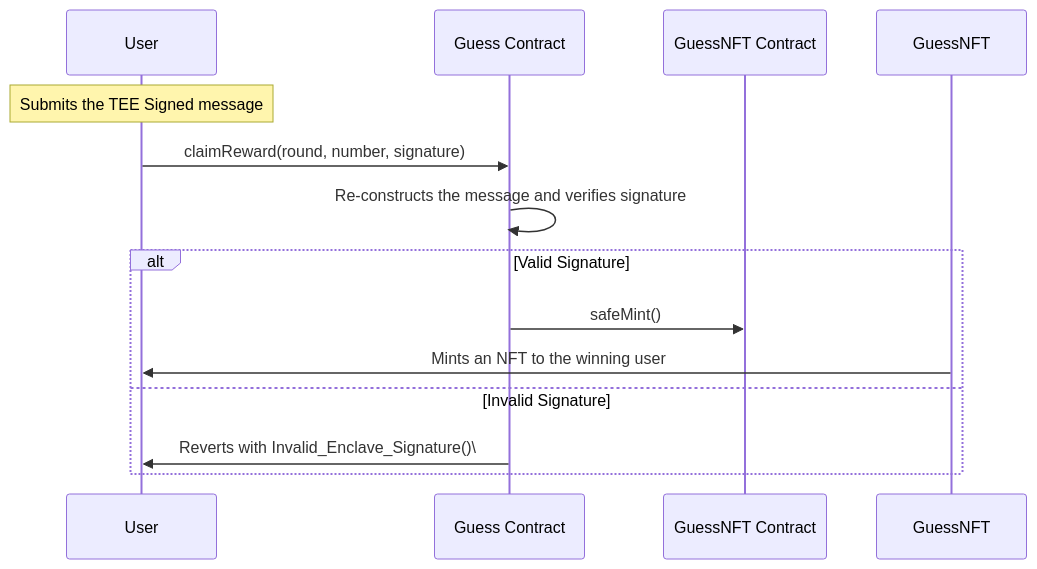
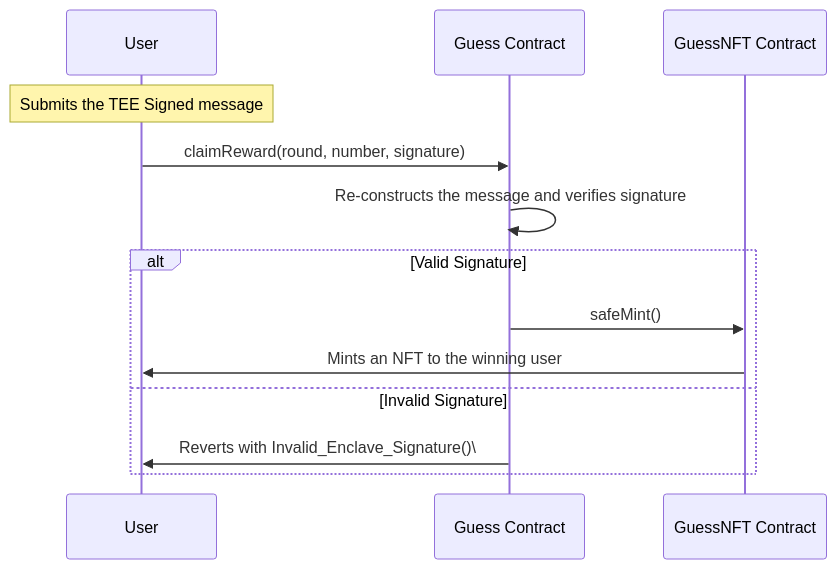
One commit to moven0831/sgx-number-guessing changed the third of 3 diagrams in docs/project-architecture.md. Above: the diagram before and after it, drawn with Mermaid.

Commit message:
minor fixes

````diff
--- a/docs/project-architecture.md
+++ b/docs/project-architecture.md
@@ -63,16 +63,16 @@
 ```mermaid
 sequenceDiagram
     participant User
     participant Guess Contract
     participant GuessNFT Contract
 
     note over User: Submits the TEE Signed message
     User->>Guess Contract: claimReward(round, number, signature)
     Guess Contract->>Guess Contract: Re-constructs the message and verifies signature
     alt Valid Signature
         Guess Contract->>GuessNFT Contract: safeMint()
-        GuessNFT->>User: Mints an NFT to the winning user
+        GuessNFT Contract->>User: Mints an NFT to the winning user
     else Invalid Signature
         Guess Contract->>User: Reverts with Invalid_Enclave_Signature()\
     end
 ```
````
